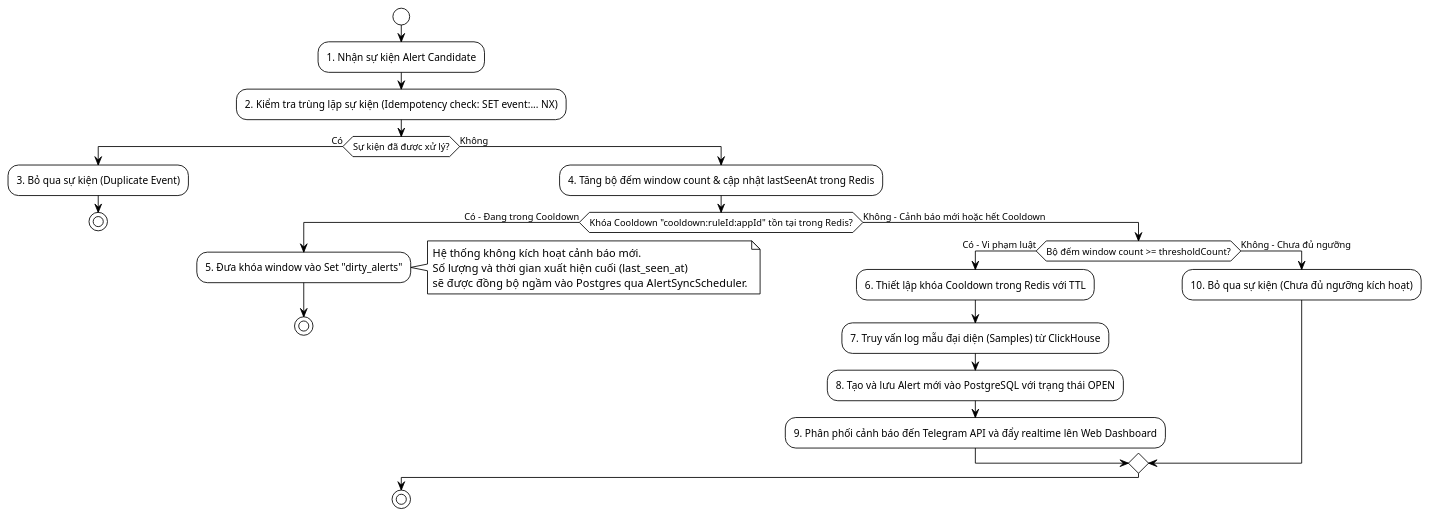
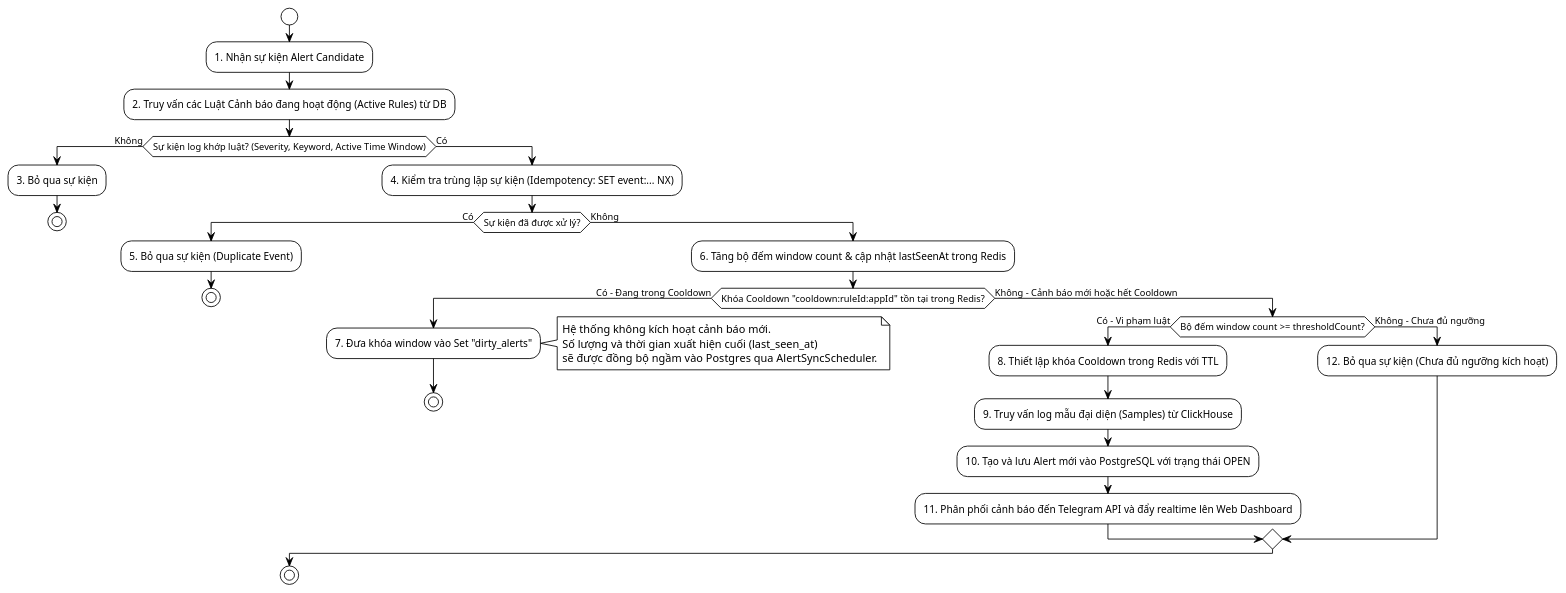
Before and after one commit to nguyentrongduc2005/log-monitoring-system: the ninth of 12 diagrams in detailed-diagrams.md, drawn with PlantUML. The commit also changed other lines of this file, not shown here.

Commit message:
docs: modify alerting flow to perform rule query and matching first

````diff
--- a/detailed-diagrams.md
+++ b/detailed-diagrams.md
@@ -416,37 +421,43 @@
 ```plantuml
 @startuml
 !theme plain
 skinparam monochrome true
 skinparam shadowing false
 skinparam defaultFontName "Courier New"
 
 start
 :1. Nhận sự kiện Alert Candidate;
-:2. Kiểm tra trùng lặp sự kiện (Idempotency check: SET event:... NX);
-if (Sự kiện đã được xử lý?) then (Có)
-    :3. Bỏ qua sự kiện (Duplicate Event);
+:2. Truy vấn các Luật Cảnh báo đang hoạt động (Active Rules) từ DB;
+if (Sự kiện log khớp luật? (Severity, Keyword, Active Time Window)) then (Không)
+    :3. Bỏ qua sự kiện;
     stop
-else (Không)
-    :4. Tăng bộ đếm window count & cập nhật lastSeenAt trong Redis;
-    if (Khóa Cooldown "cooldown:ruleId:appId" tồn tại trong Redis?) then (Có - Đang trong Cooldown)
-        :5. Đưa khóa window vào Set "dirty_alerts";
-        note right
-            Hệ thống không kích hoạt cảnh báo mới.
-            Số lượng và thời gian xuất hiện cuối (last_seen_at) 
-            sẽ được đồng bộ ngầm vào Postgres qua AlertSyncScheduler.
-        end note
+else (Có)
+    :4. Kiểm tra trùng lặp sự kiện (Idempotency: SET event:... NX);
+    if (Sự kiện đã được xử lý?) then (Có)
+        :5. Bỏ qua sự kiện (Duplicate Event);
         stop
-    else (Không - Cảnh báo mới hoặc hết Cooldown)
-        if (Bộ đếm window count >= thresholdCount?) then (Có - Vi phạm luật)
-            :6. Thiết lập khóa Cooldown trong Redis với TTL;
-            :7. Truy vấn log mẫu đại diện (Samples) từ ClickHouse;
-            :8. Tạo và lưu Alert mới vào PostgreSQL với trạng thái OPEN;
-            :9. Phân phối cảnh báo đến Telegram API và đẩy realtime lên Web Dashboard;
-        else (Không - Chưa đủ ngưỡng)
-            :10. Bỏ qua sự kiện (Chưa đủ ngưỡng kích hoạt);
+    else (Không)
+        :6. Tăng bộ đếm window count & cập nhật lastSeenAt trong Redis;
+        if (Khóa Cooldown "cooldown:ruleId:appId" tồn tại trong Redis?) then (Có - Đang trong Cooldown)
+            :7. Đưa khóa window vào Set "dirty_alerts";
+            note right
+                Hệ thống không kích hoạt cảnh báo mới.
+                Số lượng và thời gian xuất hiện cuối (last_seen_at) 
+                sẽ được đồng bộ ngầm vào Postgres qua AlertSyncScheduler.
+            end note
+            stop
+        else (Không - Cảnh báo mới hoặc hết Cooldown)
+            if (Bộ đếm window count >= thresholdCount?) then (Có - Vi phạm luật)
+                :8. Thiết lập khóa Cooldown trong Redis với TTL;
+                :9. Truy vấn log mẫu đại diện (Samples) từ ClickHouse;
+                :10. Tạo và lưu Alert mới vào PostgreSQL với trạng thái OPEN;
+                :11. Phân phối cảnh báo đến Telegram API và đẩy realtime lên Web Dashboard;
+            else (Không - Chưa đủ ngưỡng)
+                :12. Bỏ qua sự kiện (Chưa đủ ngưỡng kích hoạt);
+            endif
         endif
     endif
 endif
 stop
 @enduml
 ```
````
